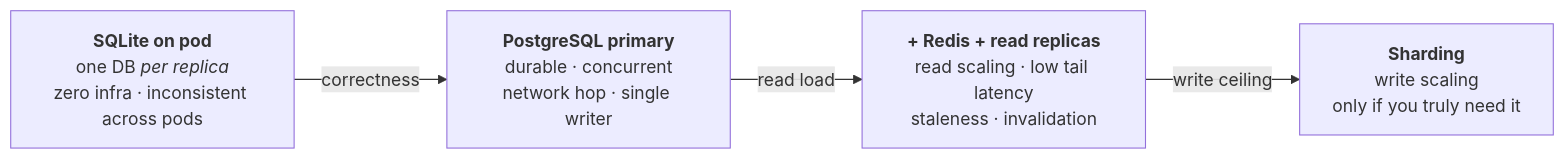
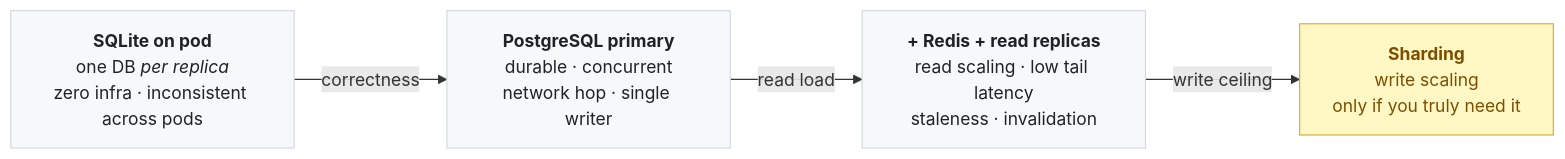
One commit to Ansh-dhanani/Distributed-system-load-analysis changed the sixth of 8 diagrams in README.md. Above: the diagram before and after it, drawn with Mermaid. The commit also changed other lines of this file, not shown here.

First line of the commit message:
docs: unify mermaid styling with a clean, theme-safe palette

````diff
--- a/README.md
+++ b/README.md
@@ -192,11 +211,15 @@
 ```mermaid
 flowchart LR
     S0["<b>SQLite on pod</b><br/>one DB <i>per replica</i><br/>zero infra · inconsistent across pods"]
     S1["<b>PostgreSQL primary</b><br/>durable · concurrent<br/>network hop · single writer"]
     S2["<b>+ Redis + read replicas</b><br/>read scaling · low tail latency<br/>staleness · invalidation"]
     S3["<b>Sharding</b><br/>write scaling<br/>only if you truly need it"]
 
     S0 -->|"correctness"| S1
     S1 -->|"read load"| S2
     S2 -->|"write ceiling"| S3
+
+    classDef default fill:#f6f8fa,stroke:#d0d7de,color:#1f2328;
+    classDef warn fill:#fff8c5,stroke:#d4a72c,color:#7d4e00;
+    class S3 warn;
 ```
````
